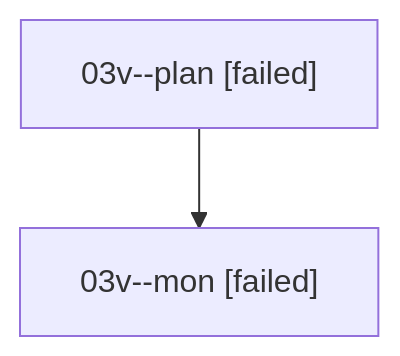
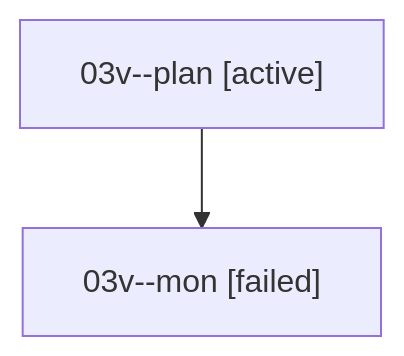
The diagram in families/bbugyi200.athena.03v.md (sase-org/sase--agents), drawn with Mermaid before and after one commit. The commit also changed other lines of this file and 35830 other files, not shown here.

````diff
--- a/families/bbugyi200.athena.03v.md
+++ b/families/bbugyi200.athena.03v.md
@@ -9,6 +9,6 @@
 ```mermaid
 flowchart TD
-  n0["03v--plan [failed]"]
+  n0["03v--plan [active]"]
   n1["03v--mon [failed]"]
   n0 --> n1
 ```
````
